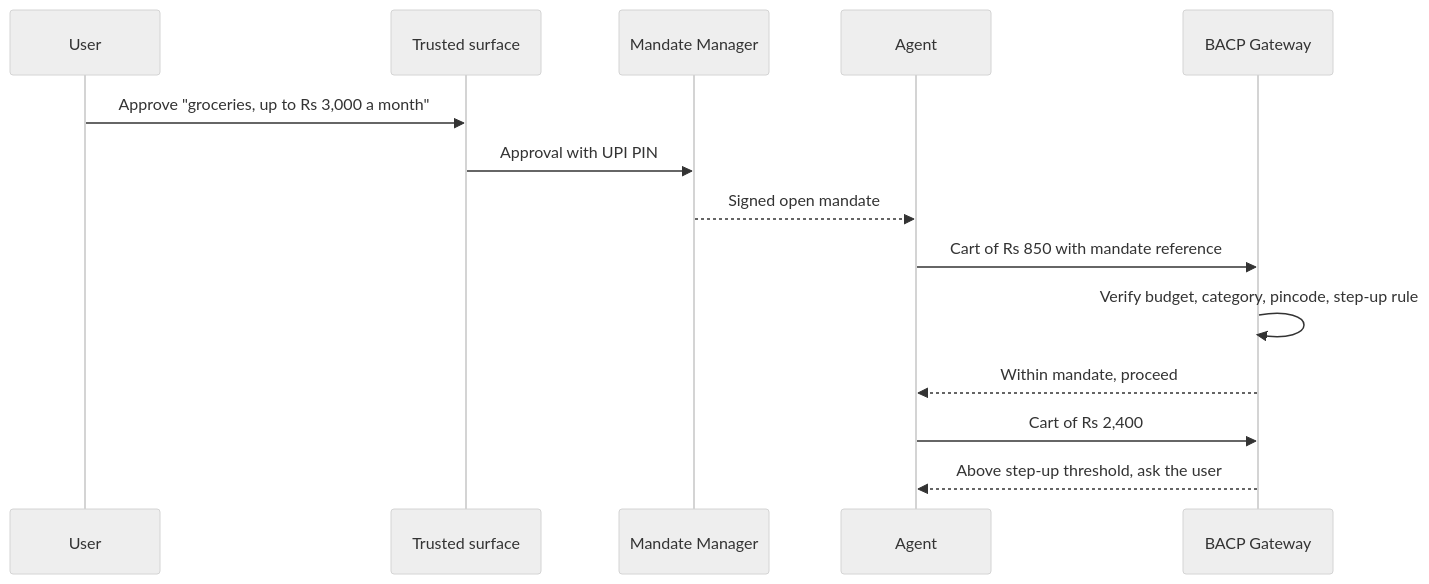
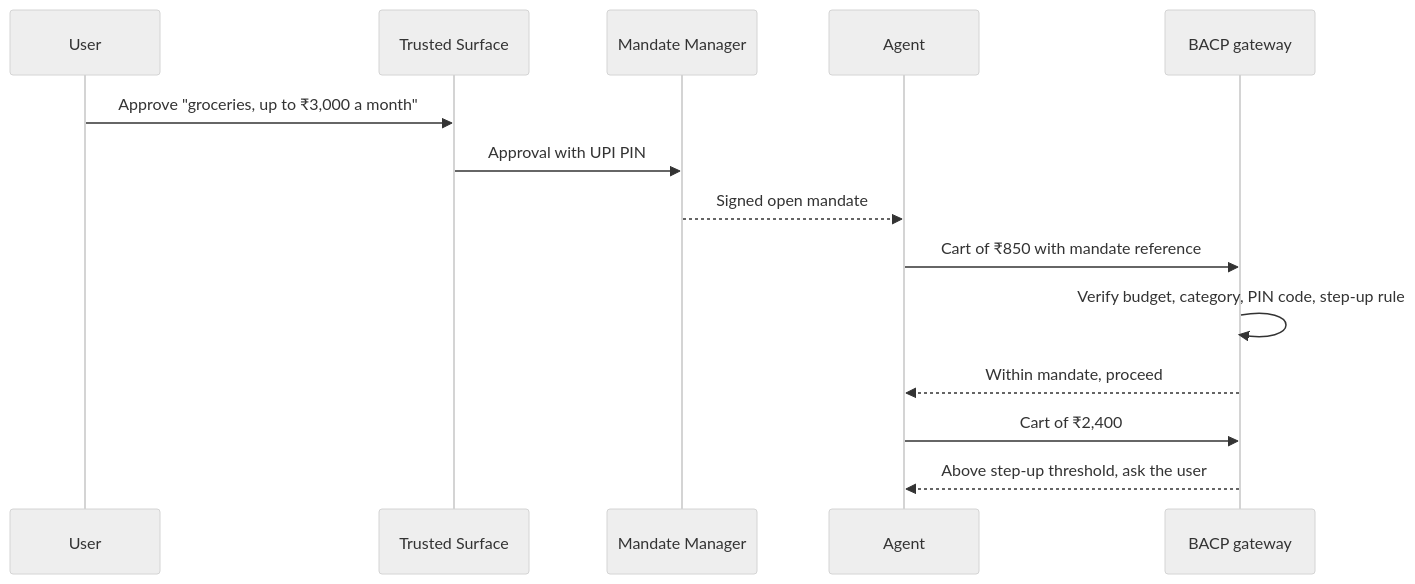
Before and after one commit to bacp-dev/bacp: the second of 5 diagrams in docs/documentation/core-concepts.md, drawn with Mermaid (neutral theme). The commit also changed other lines of this file and 63 other files, not shown here.

````diff
--- a/docs/documentation/core-concepts.md
+++ b/docs/documentation/core-concepts.md
@@ -60,16 +60,16 @@
 ```mermaid
 sequenceDiagram
     participant U as User
-    participant TS as Trusted surface
+    participant TS as Trusted Surface
     participant MM as Mandate Manager
     participant A as Agent
-    participant G as BACP Gateway
-    U->>TS: Approve "groceries, up to Rs 3,000 a month"
+    participant G as BACP gateway
+    U->>TS: Approve "groceries, up to ₹3,000 a month"
     TS->>MM: Approval with UPI PIN
     MM-->>A: Signed open mandate
-    A->>G: Cart of Rs 850 with mandate reference
-    G->>G: Verify budget, category, pincode, step-up rule
+    A->>G: Cart of ₹850 with mandate reference
+    G->>G: Verify budget, category, PIN code, step-up rule
     G-->>A: Within mandate, proceed
-    A->>G: Cart of Rs 2,400
+    A->>G: Cart of ₹2,400
     G-->>A: Above step-up threshold, ask the user
 ```
````
